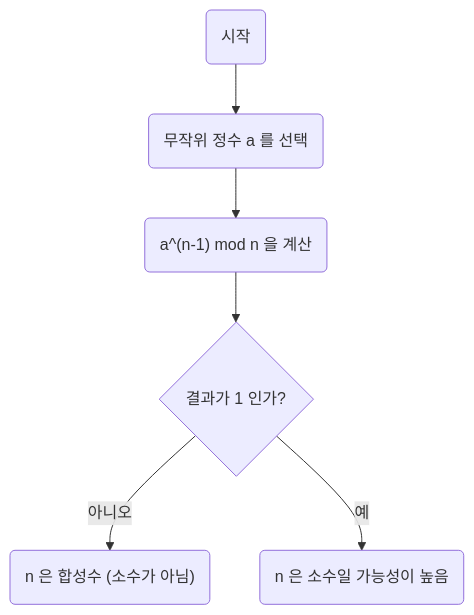
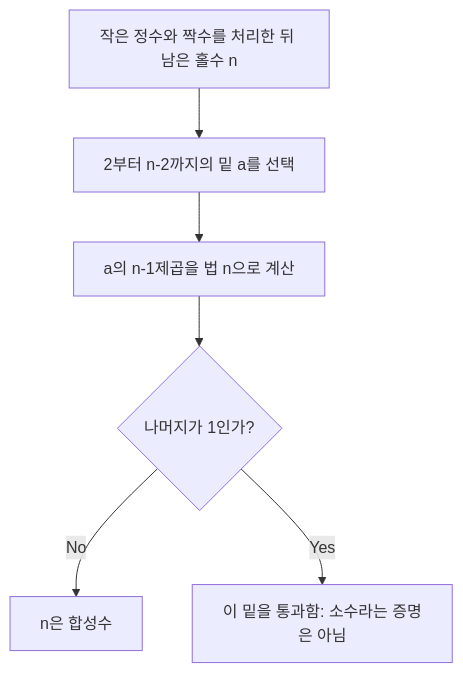
The first of 2 diagrams in content/post/fermats-little-theorem/index.ko.md (kenjinote/blog), drawn with Mermaid before and after one commit. The commit also changed other lines of this file and 5 other files, not shown here.

````diff
--- a/content/post/fermats-little-theorem/index.ko.md
+++ b/content/post/fermats-little-theorem/index.ko.md
@@ -84,8 +56,8 @@
 ```mermaid
 flowchart TD
-    Start("시작") --> ChooseA("무작위 정수 a 를 선택")
-    ChooseA --> Calc("a^(n-1) mod n 을 계산")
-    Calc --> Check{"결과가 1 인가?"}
-    Check -- "아니오" --> Composite("n 은 합성수 (소수가 아님)")
-    Check -- "예" --> ProbPrime("n 은 소수일 가능성이 높음")
+    Input["작은 정수와 짝수를 처리한 뒤 남은 홀수 n"] --> Choose["2부터 n-2까지의 밑 a를 선택"]
+    Choose --> Calc["a의 n-1제곱을 법 n으로 계산"]
+    Calc --> Check{"나머지가 1인가?"}
+    Check -- No --> Composite["n은 합성수"]
+    Check -- Yes --> Pass["이 밑을 통과함: 소수라는 증명은 아님"]
 ```
````
